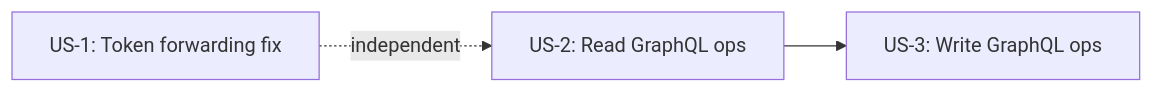
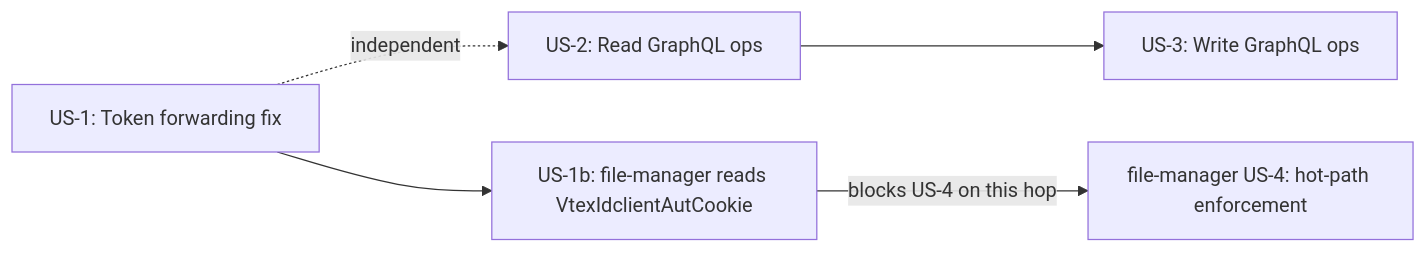
Before and after one commit to vtex-apps/file-manager-graphql: the second of 2 diagrams in specs/bucket-access-control-integration.md, drawn with Mermaid. The commit also changed other lines of this file, not shown here.

First line of the commit message:
docs: require file-manager to consume VtexIdclientAutCookie

````diff
--- a/specs/bucket-access-control-integration.md
+++ b/specs/bucket-access-control-integration.md
@@ -186,5 +241,8 @@
 ```mermaid
 graph LR
     US1["US-1: Token forwarding fix"] -.->|independent| US2["US-2: Read GraphQL ops"]
+    US1b["US-1b: file-manager reads VtexIdclientAutCookie"]
+    US1 --> US1b
+    US1b -->|blocks US-4 on this hop| US4["file-manager US-4: hot-path enforcement"]
     US2 --> US3["US-3: Write GraphQL ops"]
 ```
````
